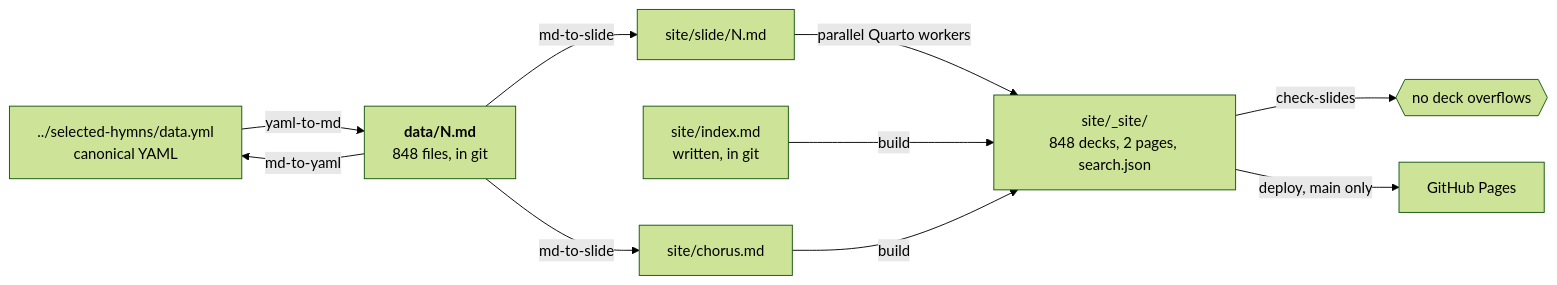
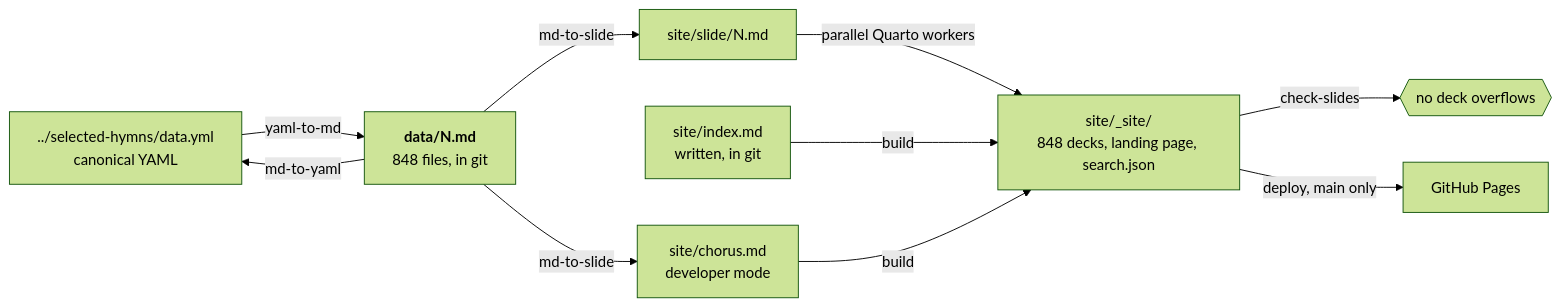
Before and after one commit to ickc/selected-hymns-ng: the first of 3 diagrams in DEVELOPER.md, drawn with Mermaid (forest theme). The commit also changed other lines of this file and 6 other files, not shown here.

````diff
--- a/DEVELOPER.md
+++ b/DEVELOPER.md
@@ -12,20 +12,20 @@
 ```mermaid
 flowchart LR
   yaml["../selected-hymns/data.yml<br/>canonical YAML"]
   md["<b>data/N.md</b><br/>848 files, in git"]
   slide["site/slide/N.md"]
   index["site/index.md<br/>written, in git"]
-  chorus["site/chorus.md"]
-  built["site/_site/<br/>848 decks, 2 pages, search.json"]
+  chorus["site/chorus.md<br/>developer mode"]
+  built["site/_site/<br/>848 decks, landing page, search.json"]
   pages["GitHub Pages"]
 
   yaml -- "yaml-to-md" --> md
   md -- "md-to-yaml" --> yaml
   md -- "md-to-slide" --> slide
   md -- "md-to-slide" --> chorus
   slide -- "parallel Quarto workers" --> built
   index -- "build" --> built
   chorus -- "build" --> built
   built -- "check-slides" --> checked{{"no deck overflows"}}
   built -- "deploy, main only" --> pages
 ```
````
